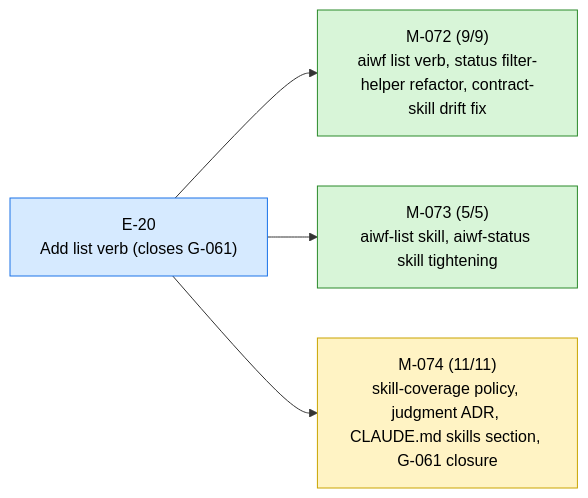
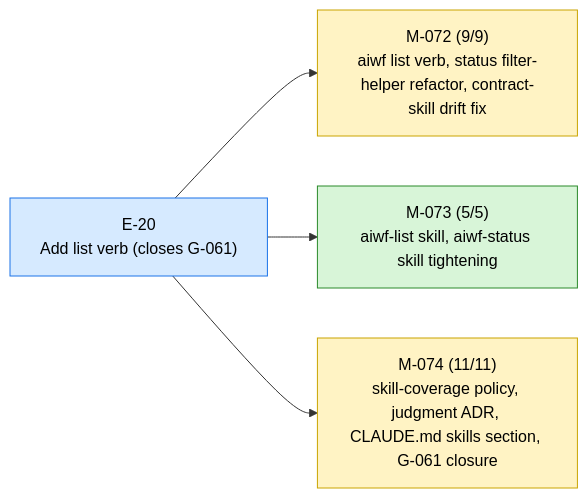
Before and after one commit to 23min/aiwf: the first of 2 diagrams in STATUS.md, drawn with Mermaid. The commit also changed other lines of this file and 1 other file, not shown here.

First line of the commit message:
aiwf promote M-072 done -> in_progress

````diff
--- a/STATUS.md
+++ b/STATUS.md
@@ -13,16 +13,16 @@
 ```mermaid
 flowchart LR
   E_20["E-20<br/>Add list verb (closes G-061)"]:::epic_active
-  M_072["M-072 (9/9)<br/>aiwf list verb, status filter-helper refactor, contract-skill drift fix"]:::ms_done
+  M_072["M-072 (9/9)<br/>aiwf list verb, status filter-helper refactor, contract-skill drift fix"]:::ms_in_progress
   E_20 --> M_072
   M_073["M-073 (5/5)<br/>aiwf-list skill, aiwf-status skill tightening"]:::ms_done
   E_20 --> M_073
   M_074["M-074 (11/11)<br/>skill-coverage policy, judgment ADR, CLAUDE.md skills section, G-061 closure"]:::ms_in_progress
   E_20 --> M_074
   classDef epic_active fill:#d6eaff,stroke:#1a73e8,color:#000
   classDef epic_proposed fill:#f4f4f4,stroke:#888,color:#000
   classDef ms_done fill:#d8f5d8,stroke:#2a8a2a,color:#000
   classDef ms_in_progress fill:#fff3c4,stroke:#caa400,color:#000
   classDef ms_draft fill:#f4f4f4,stroke:#888,color:#000
   classDef ms_cancelled fill:#fbeaea,stroke:#c33,color:#000
 ```
````
